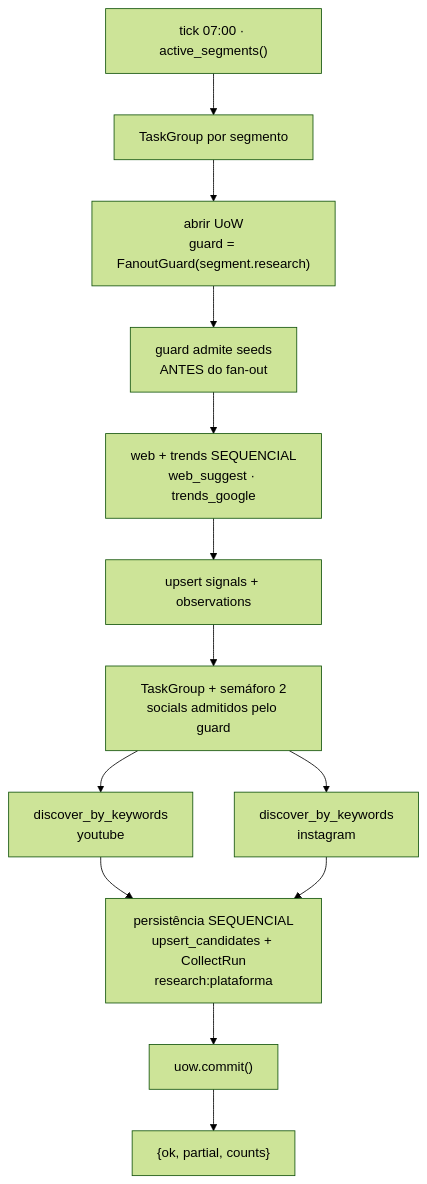
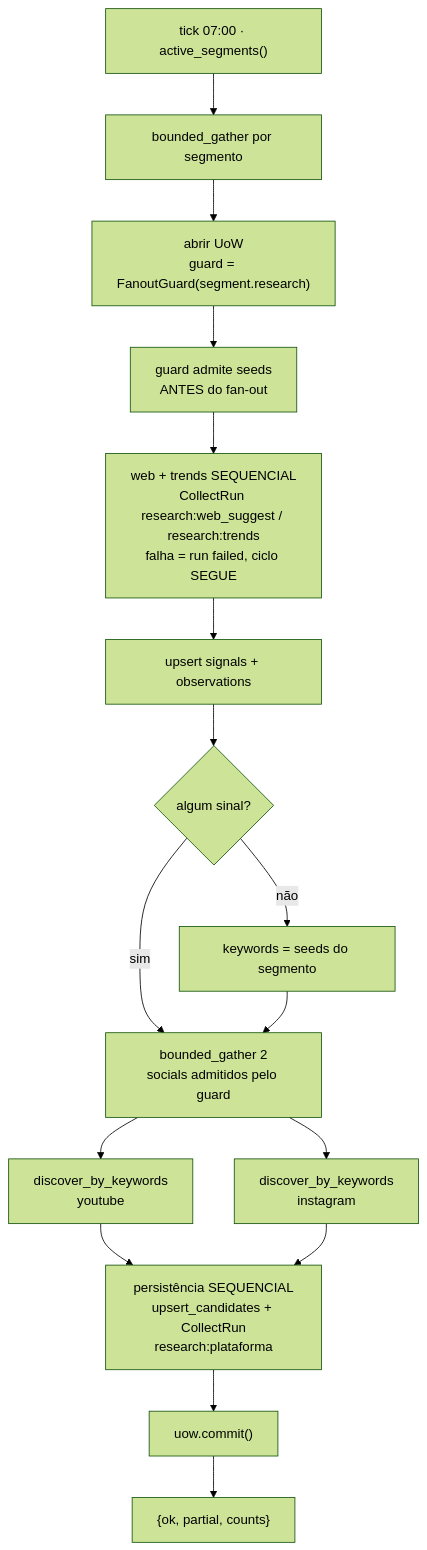
One commit to leonardodg/content-factory changed the fifth of 7 diagrams in docs/diagram/fluxos.md. Above: the diagram before and after it, drawn with Mermaid (forest theme). The commit also changed other lines of this file and 6 other files, not shown here.

First line of the commit message:
fix(research): falha do Suggest/Trends não aborta mais o segmento

````diff
--- a/docs/diagram/fluxos.md
+++ b/docs/diagram/fluxos.md
@@ -113,15 +113,18 @@
 ```mermaid
 flowchart TD
-    A["tick 07:00 · active_segments()"] --> B["TaskGroup por segmento"]
+    A["tick 07:00 · active_segments()"] --> B["bounded_gather por segmento"]
     B --> U["abrir UoW<br/>guard = FanoutGuard(segment.research)"]
     U --> G["guard admite seeds<br/>ANTES do fan-out"]
-    G --> WT["web + trends SEQUENCIAL<br/>web_suggest · trends_google"]
+    G --> WT["web + trends SEQUENCIAL<br/>CollectRun research:web_suggest / research:trends<br/>falha = run failed, ciclo SEGUE"]
     WT --> SIG["upsert signals + observations"]
-    SIG --> SO["TaskGroup + semáforo 2<br/>socials admitidos pelo guard"]
+    SIG --> KW{"algum sinal?"}
+    KW -- sim --> SO["bounded_gather 2<br/>socials admitidos pelo guard"]
+    KW -- não --> SEED["keywords = seeds do segmento"]
+    SEED --> SO
     SO --> S1["discover_by_keywords<br/>youtube"]
     SO --> S2["discover_by_keywords<br/>instagram"]
     S1 --> PE["persistência SEQUENCIAL<br/>upsert_candidates + CollectRun<br/>research:plataforma"]
     S2 --> PE
     PE --> K["uow.commit()"]
     K --> O["{ok, partial, counts}"]
 ```
````
